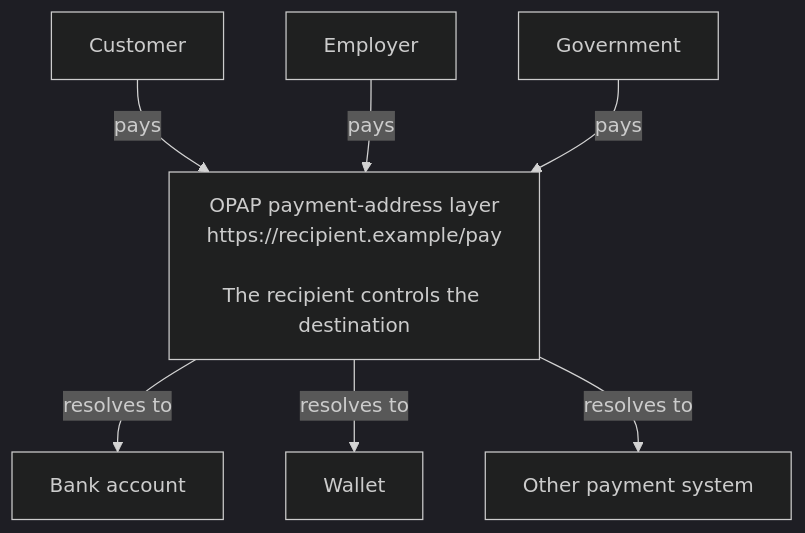
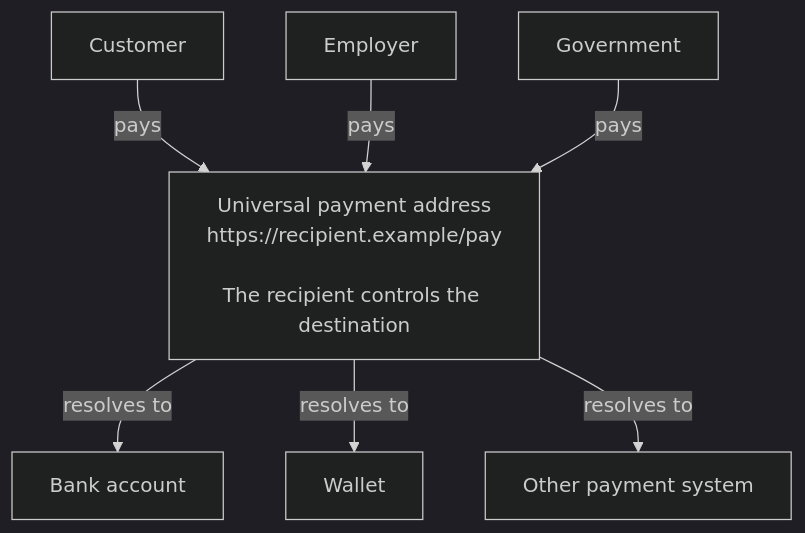
One commit to openpaymentaddress/protocol changed the diagram in README.md. Above: the diagram before and after it, drawn with Mermaid (dark theme).

Commit message:
Rename universal payment address

````diff
--- a/README.md
+++ b/README.md
@@ -20,12 +20,12 @@
 ```mermaid
 flowchart TB
     CUSTOMER["Customer"] -->|pays| ADDRESS
     EMPLOYER["Employer"] -->|pays| ADDRESS
     GOVERNMENT["Government"] -->|pays| ADDRESS
 
-    ADDRESS["OPAP payment-address layer<br/>https://recipient.example/pay<br/><br/>The recipient controls the destination"]
+    ADDRESS["Universal payment address<br/>https://recipient.example/pay<br/><br/>The recipient controls the destination"]
 
     ADDRESS -->|resolves to| BANK["Bank account"]
     ADDRESS -->|resolves to| WALLET["Wallet"]
     ADDRESS -->|resolves to| OTHER["Other payment system"]
 ```
````
